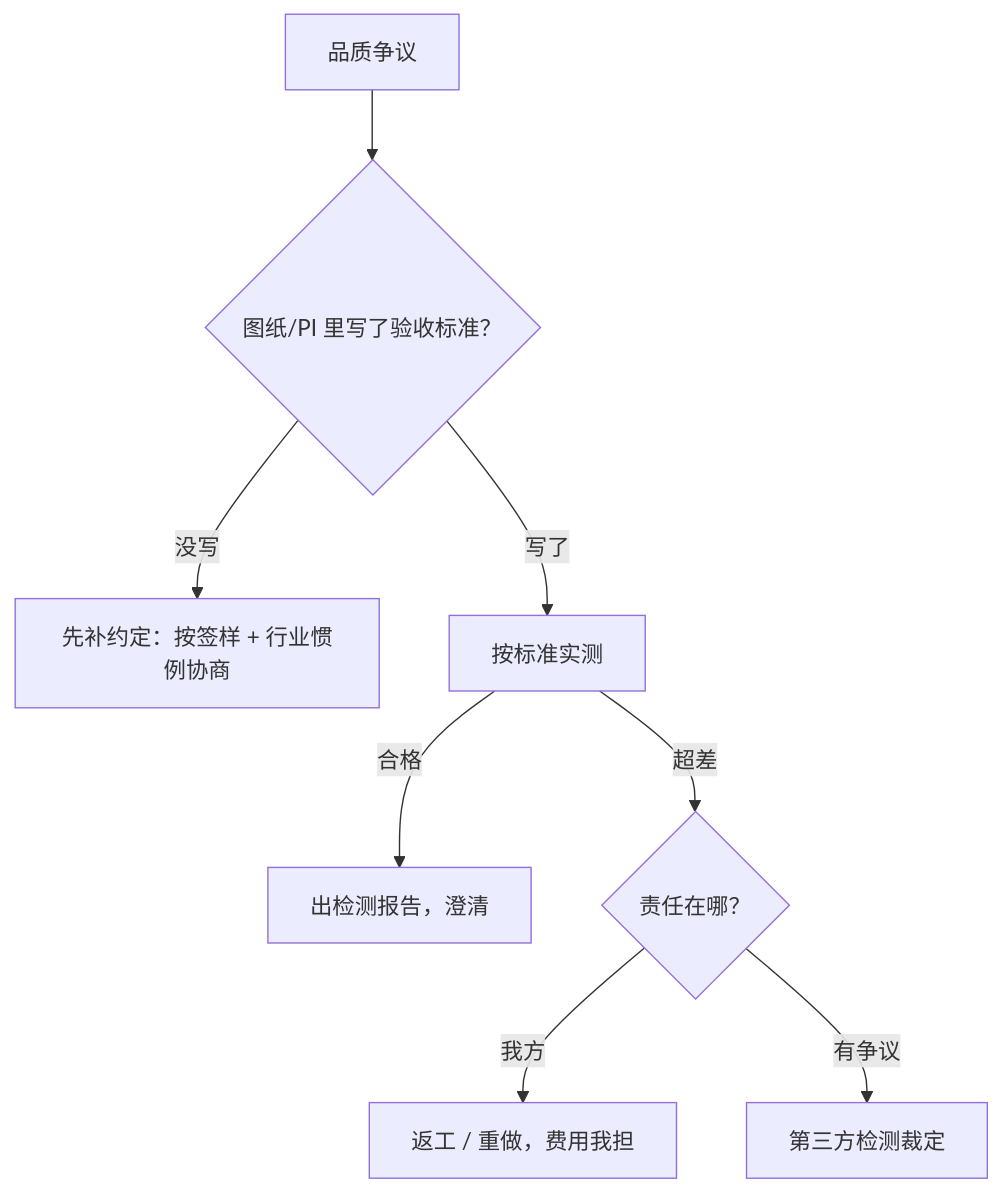
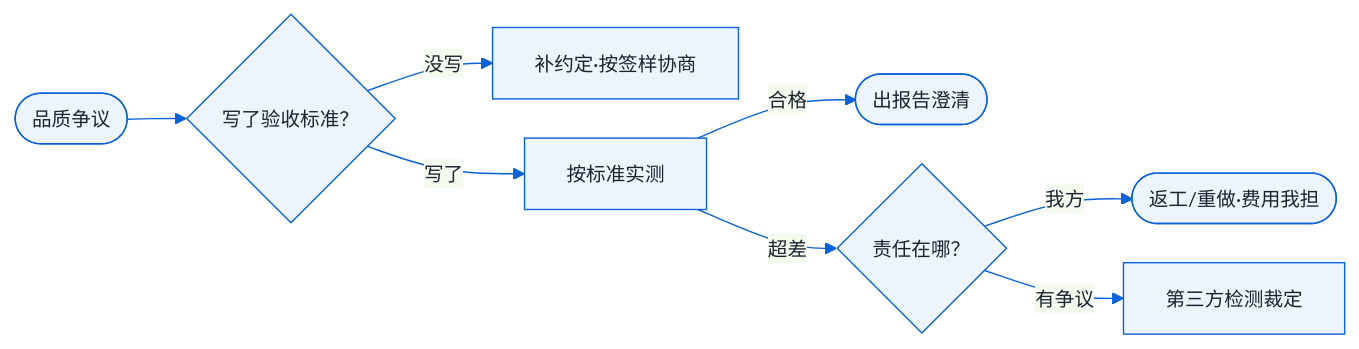
One commit to kelegele/cnc-guide changed the diagram in docs/lessons/ch14.md. Above: the diagram before and after it, drawn with Mermaid. The commit also changed 8 other files, not shown here.

Commit message:
style: redo all diagrams — landscape LR layout + unified editorial palette (16:9~1:1), per user feedback

````diff
--- a/docs/lessons/ch14.md
+++ b/docs/lessons/ch14.md
@@ -57,10 +57,12 @@
 ```mermaid
-flowchart TD
-    A["品质争议"] --> B{"图纸/PI 里写了验收标准？"}
-    B -->|"没写"| C["先补约定：按签样 + 行业惯例协商"]
+%%{init: {"theme":"base","themeVariables":{"primaryColor":"#eef4fb","primaryTextColor":"#1c2430","primaryBorderColor":"#0b62d6","lineColor":"#0b62d6","fontSize":"14px"},"flowchart":{"curve":"basis","nodeSpacing":28,"rankSpacing":42}}}%%
+flowchart LR
+    A(["品质争议"]) --> B{"写了验收标准？"}
+    B -->|"没写"| C["补约定·按签样协商"]
     B -->|"写了"| D["按标准实测"]
-    D -->|"合格"| E["出检测报告，澄清"]
+    D -->|"合格"| E(["出报告澄清"])
     D -->|"超差"| F{"责任在哪？"}
-    F -->|"我方"| G["返工 / 重做，费用我担"]
+    F -->|"我方"| G(["返工/重做·费用我担"])
     F -->|"有争议"| H["第三方检测裁定"]
+
 ```
````
